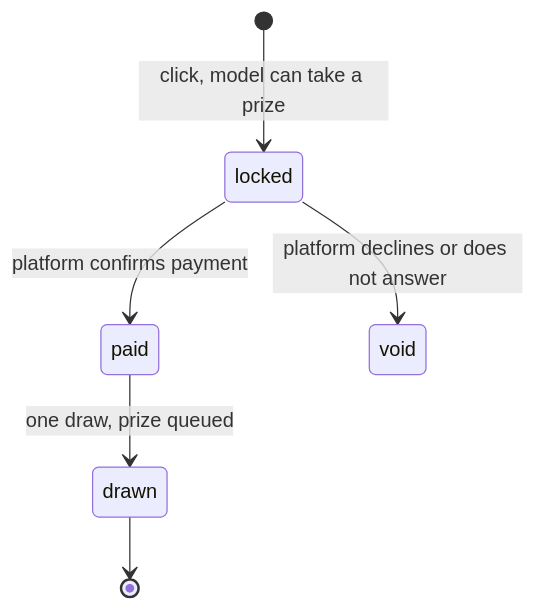
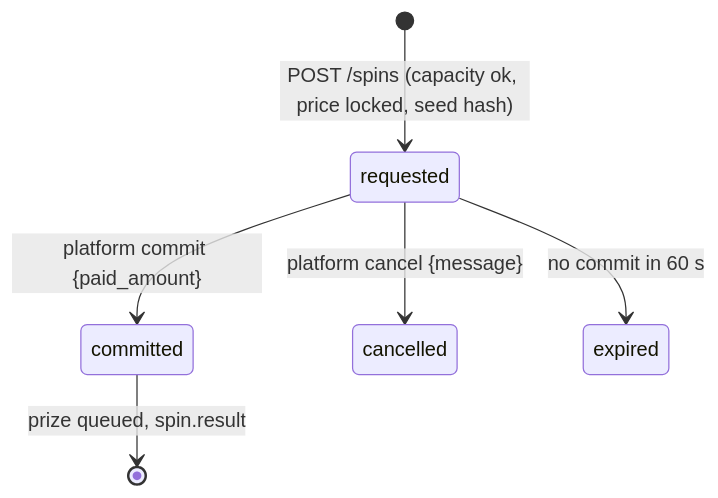
One commit to devmtsarev/wheel changed the diagram in docs/use-cases/UC-01-spin-the-wheel.md. Above: the diagram before and after it, drawn with Mermaid. The commit also changed other lines of this file and 24 other files, not shown here.

First line of the commit message:
api: platform confirms spins with the amount it charged (Option C)

````diff
--- a/docs/use-cases/UC-01-spin-the-wheel.md
+++ b/docs/use-cases/UC-01-spin-the-wheel.md
@@ -17,8 +17,8 @@
 ```mermaid
 stateDiagram-v2
-  [*] --> locked: click, model can take a prize
-  locked --> paid: platform confirms payment
-  locked --> void: platform declines or does not answer
-  paid --> drawn: one draw, prize queued
-  drawn --> [*]
+  [*] --> requested: POST /spins (capacity ok, price locked, seed hash)
+  requested --> committed: platform commit {paid_amount}
+  requested --> cancelled: platform cancel {message}
+  requested --> expired: no commit in 60 s
+  committed --> [*]: prize queued, spin.result
 ```
````
